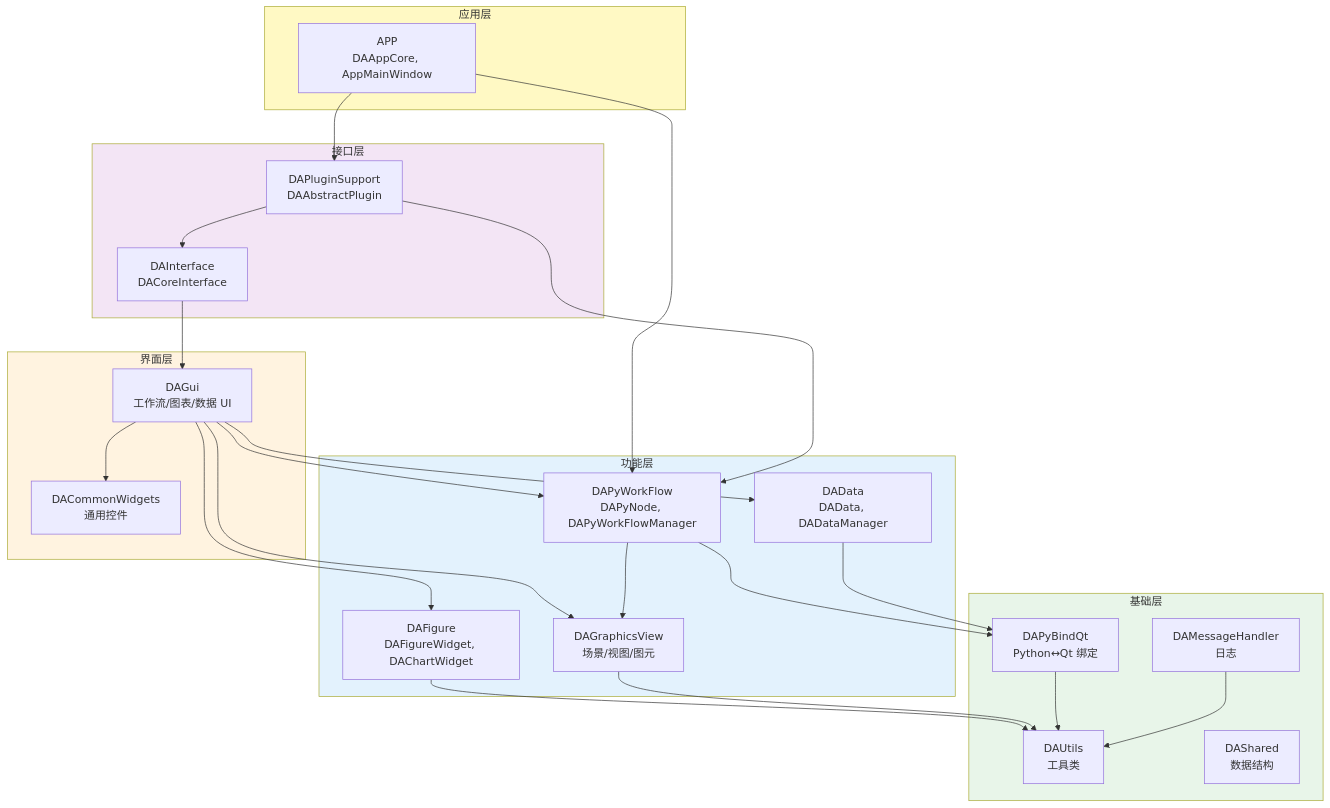
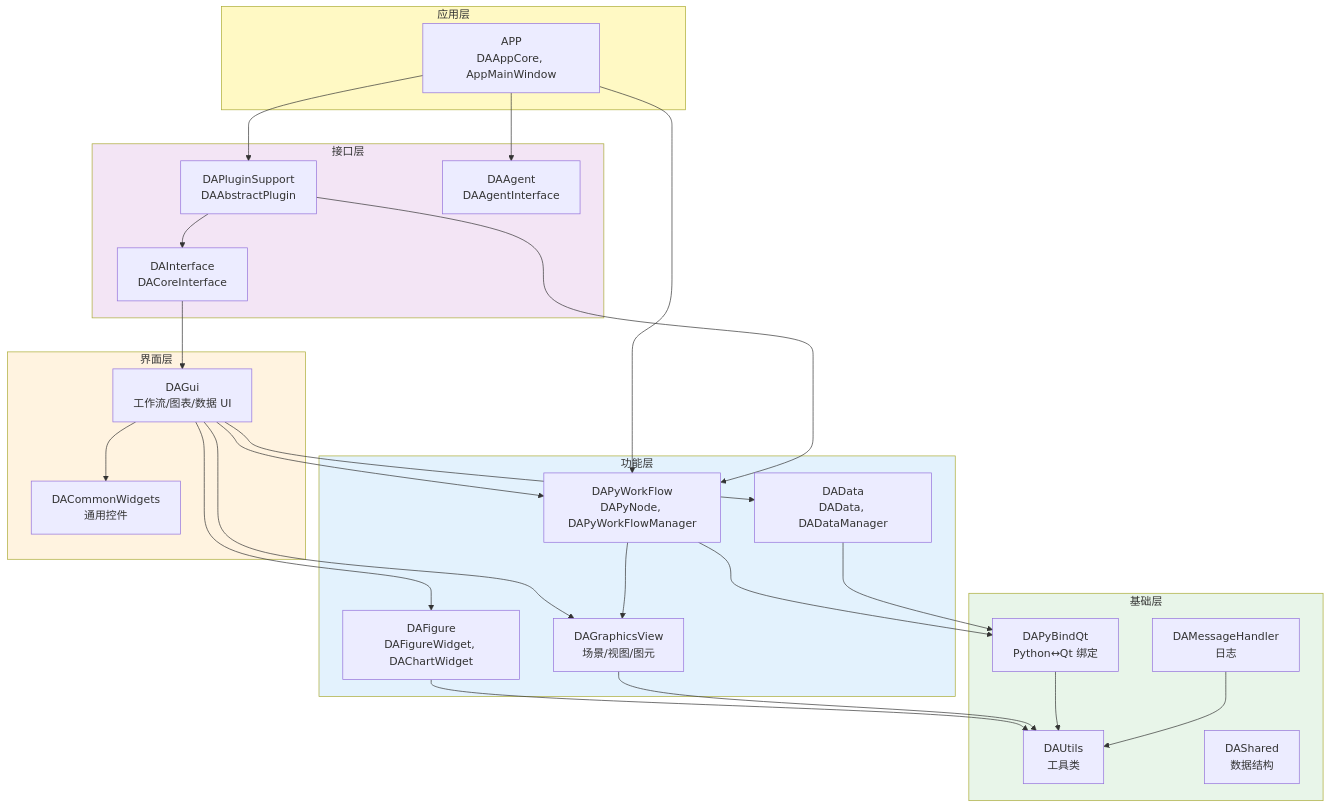
One commit to czyt1988/data-workbench changed the first of 2 diagrams in docs/zh/api-reference/overview.md. Above: the diagram before and after it, drawn with Mermaid. The commit also changed other lines of this file and 69 other files, not shown here.

````diff
--- a/docs/zh/api-reference/overview.md
+++ b/docs/zh/api-reference/overview.md
@@ -16,50 +16,52 @@
 ```mermaid
 graph TD
     subgraph L5["应用层"]
         APP["APP<br/>DAAppCore, AppMainWindow"]
     end
     subgraph L4["接口层"]
         DAI["DAInterface<br/>DACoreInterface"]
         DAPS["DAPluginSupport<br/>DAAbstractPlugin"]
+        DAAG["DAAgent<br/>DAAgentInterface"]
     end
     subgraph L3["界面层"]
         DAGui["DAGui<br/>工作流/图表/数据 UI"]
         DACW["DACommonWidgets<br/>通用控件"]
     end
     subgraph L2["功能层"]
         DAPW["DAPyWorkFlow<br/>DAPyNode, DAPyWorkFlowManager"]
         DAD["DAData<br/>DAData, DADataManager"]
         DAF["DAFigure<br/>DAFigureWidget, DAChartWidget"]
         DAGV["DAGraphicsView<br/>场景/视图/图元"]
     end
     subgraph L1["基础层"]
         DAU["DAUtils<br/>工具类"]
         DAPBQ["DAPyBindQt<br/>Python↔Qt 绑定"]
         DAMH["DAMessageHandler<br/>日志"]
         DAS["DAShared<br/>数据结构"]
     end
 
     APP --> DAPS
     APP --> DAPW
+    APP --> DAAG
     DAPS --> DAI
     DAPS --> DAPW
     DAI --> DAGui
     DAGui --> DAPW
     DAGui --> DAD
     DAGui --> DAF
     DAGui --> DAGV
     DAGui --> DACW
     DAPW --> DAGV
     DAPW --> DAPBQ
     DAD --> DAPBQ
     DAF --> DAU
     DAGV --> DAU
     DAPBQ --> DAU
     DAMH --> DAU
 
     style L5 fill:#fff9c4
     style L4 fill:#f3e5f5
     style L3 fill:#fff3e0
     style L2 fill:#e3f2fd
     style L1 fill:#e8f5e9
 ```
````
